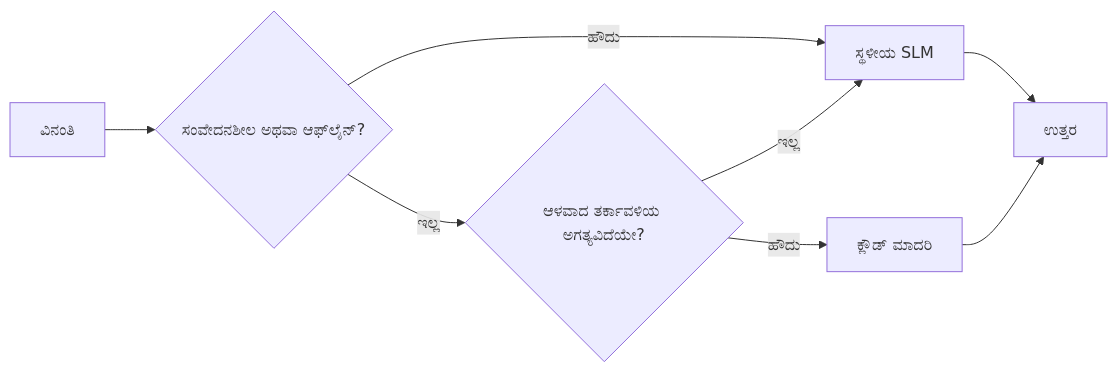
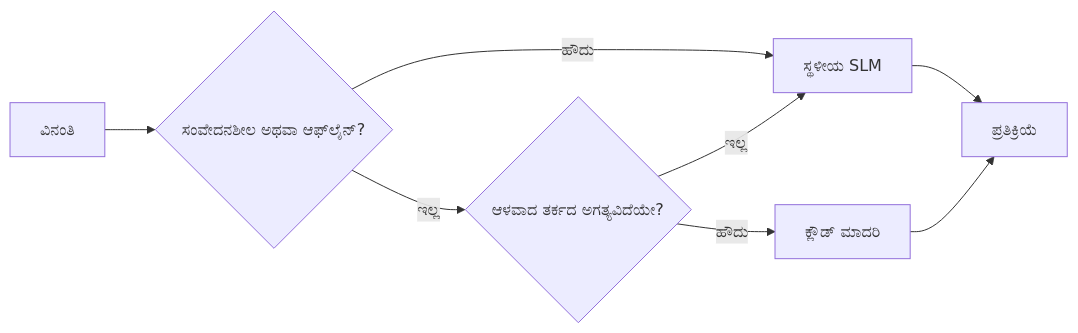
One commit to microsoft/ai-agents-for-beginners changed the fourth of 4 diagrams in translations/kn/17-creating-local-ai-agents/README.md. Above: the diagram before and after it, drawn with Mermaid. The commit also changed other lines of this file and 43 other files, not shown here.

````diff
--- a/translations/kn/17-creating-local-ai-agents/README.md
+++ b/translations/kn/17-creating-local-ai-agents/README.md
@@ -156,10 +156,10 @@
 ```mermaid
 flowchart LR
     Q[ವಿನಂತಿ] --> S{ಸಂವೇದನಶೀಲ ಅಥವಾ ಆಫ್‌ಲೈನ್?}
     S -->|ಹೌದು| L[ಸ್ಥಳೀಯ SLM]
-    S -->|ಇಲ್ಲ| C{ಆಳವಾದ ತರ್ಕಾವಳಿಯ ಅಗತ್ಯವಿದೆಯೇ?}
+    S -->|ಇಲ್ಲ| C{ಆಳವಾದ ತರ್ಕದ ಅಗತ್ಯವಿದೆಯೇ?}
     C -->|ಇಲ್ಲ| L
     C -->|ಹೌದು| Cloud[ಕ್ಲೌಡ್ ಮಾದರಿ]
-    L --> Out[ಉತ್ತರ]
+    L --> Out[ಪ್ರತಿಕ್ರಿಯೆ]
     Cloud --> Out
 ```
````
